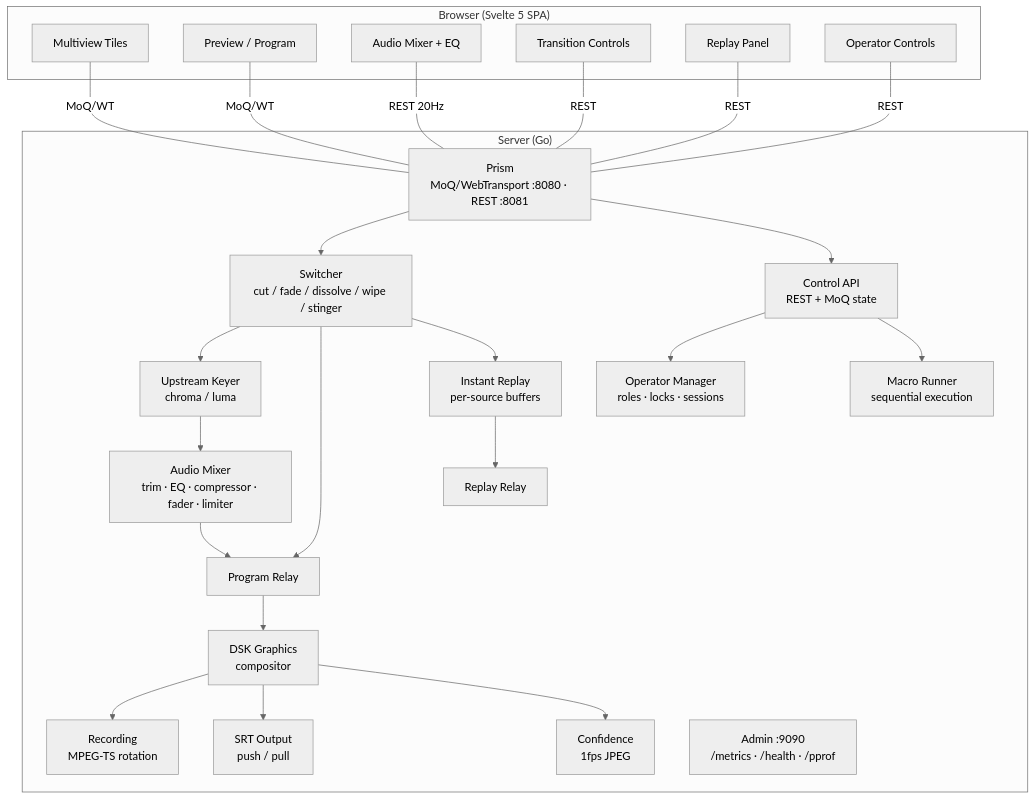
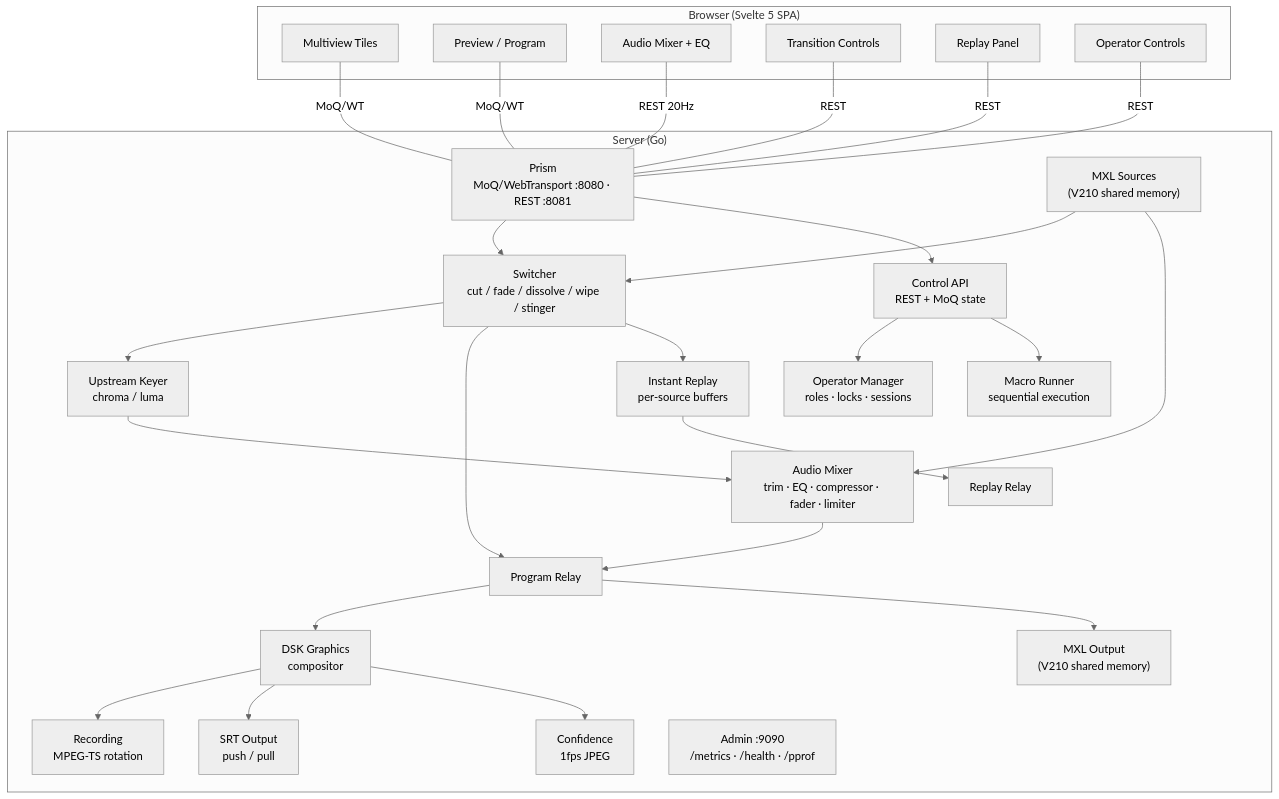
The diagram in README.md (zsiec/switchframe), drawn with Mermaid (neutral theme) before and after one commit. The commit also changed other lines of this file and 20 other files, not shown here.

First line of the commit message:
Add MXL shared-memory transport & monotonic audio PTS

````diff
--- a/README.md
+++ b/README.md
@@ -222,37 +261,40 @@
 ```mermaid
 graph TD
     subgraph browser["Browser (Svelte 5 SPA)"]
         mv["Multiview Tiles"]
         pp["Preview / Program"]
         am["Audio Mixer + EQ"]
         tc["Transition Controls"]
         rp["Replay Panel"]
         op["Operator Controls"]
     end
 
     mv ---|"MoQ/WT"| prism
     pp ---|"MoQ/WT"| prism
     am ---|"REST 20Hz"| prism
     tc ---|"REST"| prism
     rp ---|"REST"| prism
     op ---|"REST"| prism
 
     subgraph server["Server (Go)"]
         prism["Prism<br/>MoQ/WebTransport :8080 · REST :8081"]
+        mxlIn["MXL Sources<br/>(V210 shared memory)"] --> switcher
+        mxlIn --> mixer
         prism --> switcher["Switcher<br/>cut / fade / dissolve / wipe / stinger"]
         prism --> api["Control API<br/>REST + MoQ state"]
         switcher --> keyer["Upstream Keyer<br/>chroma / luma"]
         keyer --> mixer["Audio Mixer<br/>trim · EQ · compressor · fader · limiter"]
         switcher --> relay["Program Relay"]
         mixer --> relay
         relay --> dsk["DSK Graphics<br/>compositor"]
         dsk --> rec["Recording<br/>MPEG-TS rotation"]
         dsk --> srt["SRT Output<br/>push / pull"]
         dsk --> conf["Confidence<br/>1fps JPEG"]
         switcher --> replay["Instant Replay<br/>per-source buffers"]
         replay --> replayRelay["Replay Relay"]
         api --> operators["Operator Manager<br/>roles · locks · sessions"]
         api --> macros["Macro Runner<br/>sequential execution"]
+        relay --> mxlOut["MXL Output<br/>(V210 shared memory)"]
         admin["Admin :9090<br/>/metrics · /health · /pprof"]
     end
 ```
````
